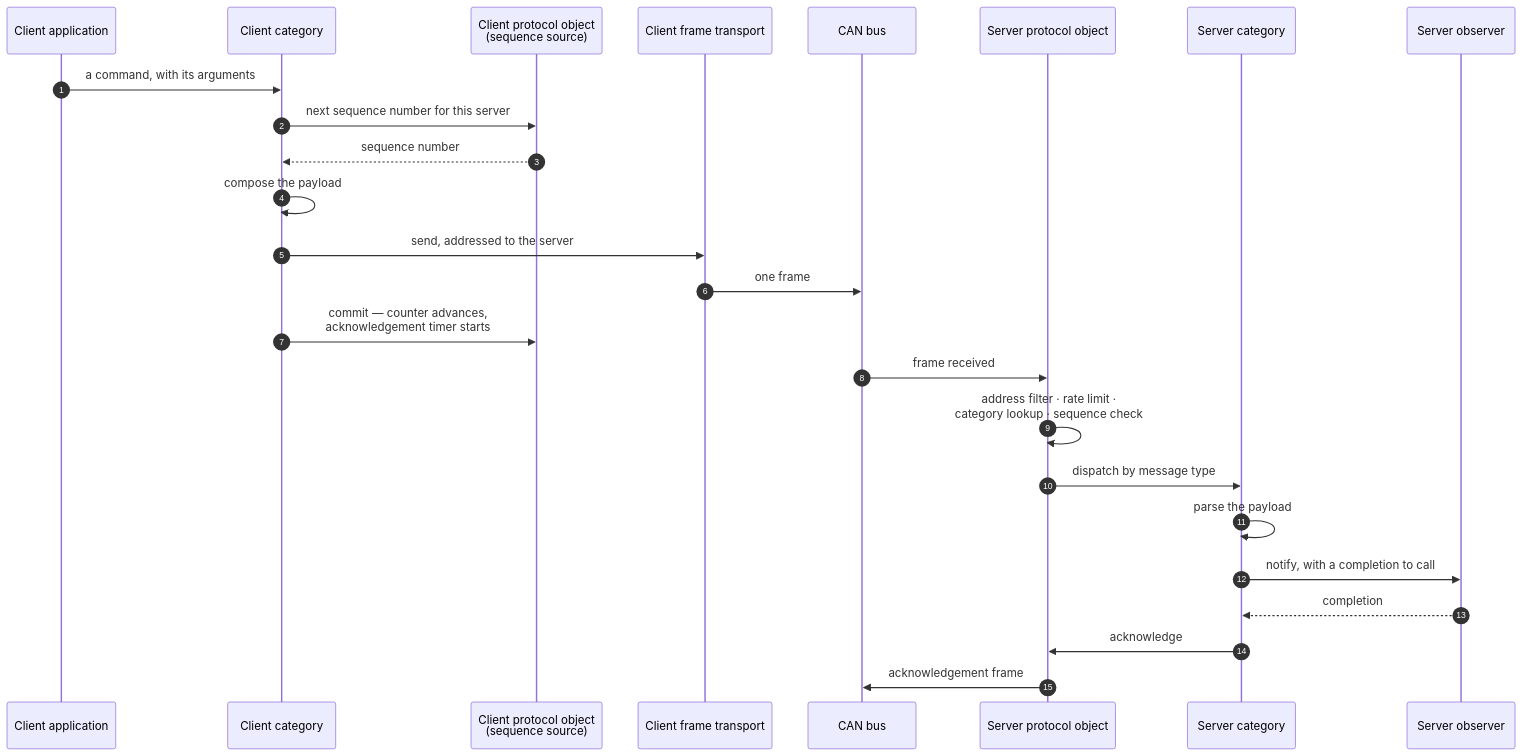
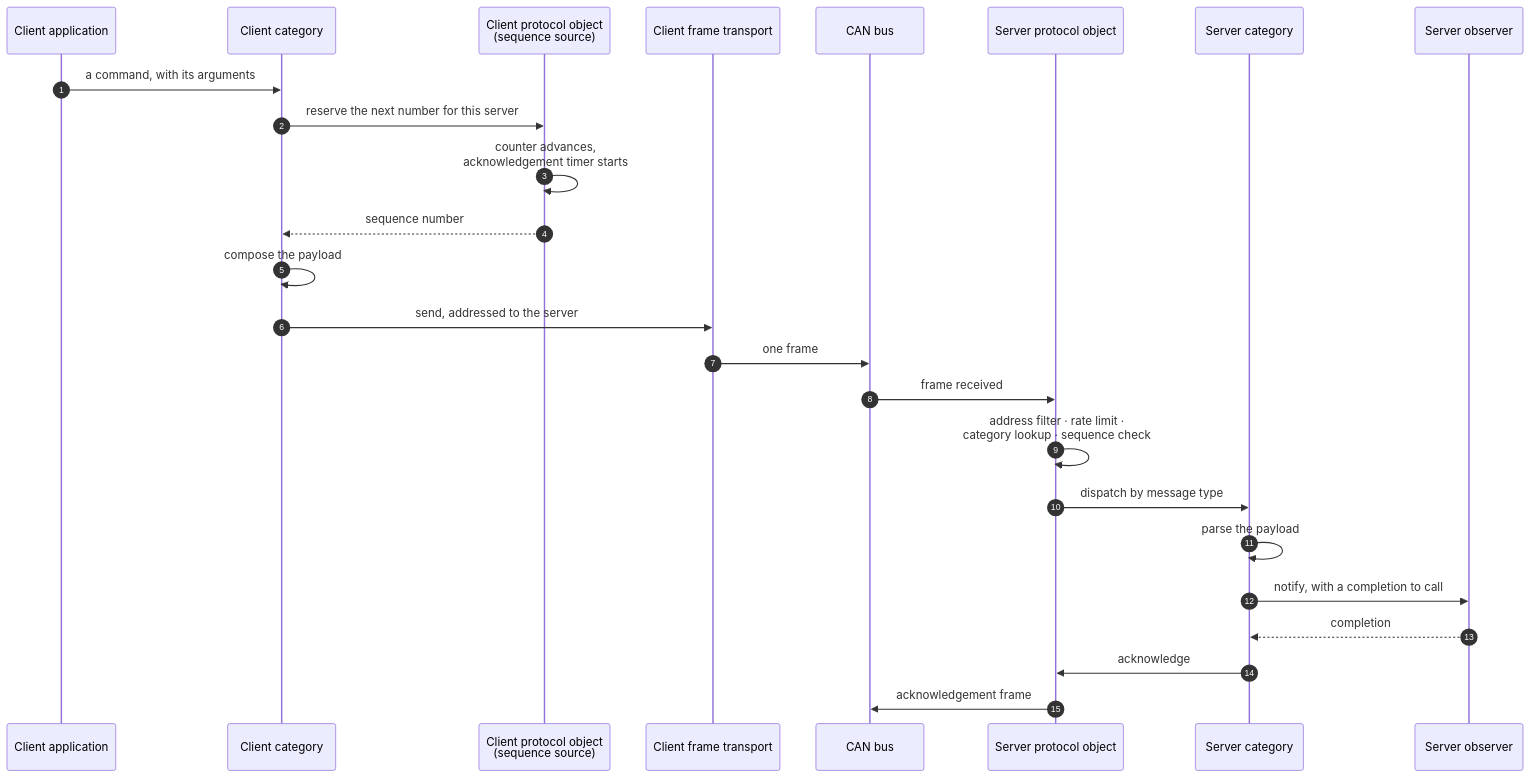
One commit to embedded-pro/can-lite changed the third of 3 diagrams in documents/booklet/02-layer-map.md. Above: the diagram before and after it, drawn with Mermaid. The commit also changed 20 other files, not shown here.

First line of the commit message:
fix(client)!: consume a command's sequence number only once it is sent (#67)

````diff
--- a/documents/booklet/02-layer-map.md
+++ b/documents/booklet/02-layer-map.md
@@ -143,29 +143,29 @@
 ```mermaid
 sequenceDiagram
     autonumber
     participant App as Client application
     participant CCat as Client category
     participant CSeq as Client protocol object<br/>(sequence source)
     participant CTx as Client frame transport
     participant Bus as CAN bus
     participant SProto as Server protocol object
     participant SCat as Server category
     participant Obs as Server observer
 
     App->>CCat: a command, with its arguments
-    CCat->>CSeq: next sequence number for this server
+    CCat->>CSeq: reserve the next number for this server
+    CSeq->>CSeq: counter advances,<br/>acknowledgement timer starts
     CSeq-->>CCat: sequence number
     CCat->>CCat: compose the payload
     CCat->>CTx: send, addressed to the server
     CTx->>Bus: one frame
-    CCat->>CSeq: commit — counter advances,<br/>acknowledgement timer starts
 
     Bus->>SProto: frame received
     SProto->>SProto: address filter · rate limit ·<br/>category lookup · sequence check
     SProto->>SCat: dispatch by message type
     SCat->>SCat: parse the payload
     SCat->>Obs: notify, with a completion to call
     Obs-->>SCat: completion
     SCat->>SProto: acknowledge
     SProto->>Bus: acknowledgement frame
 ```
````
